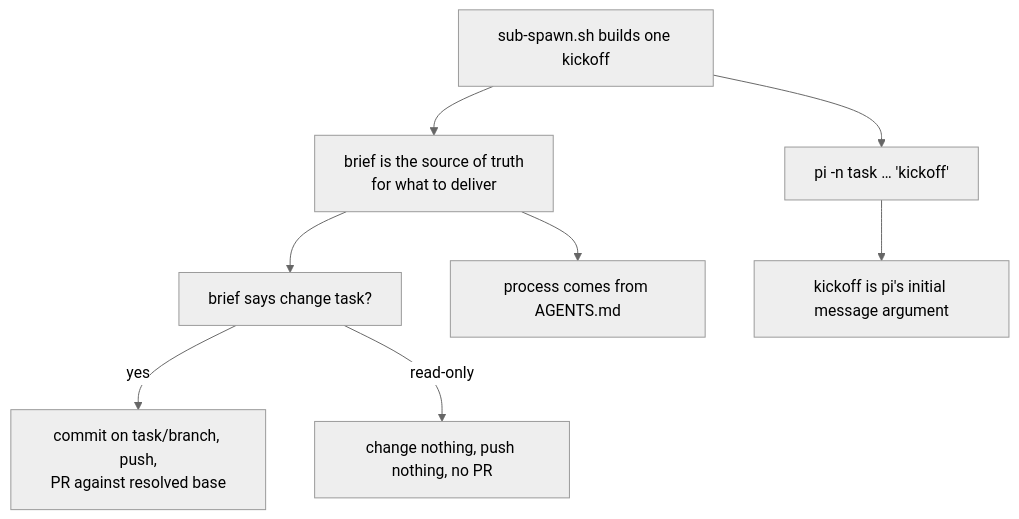
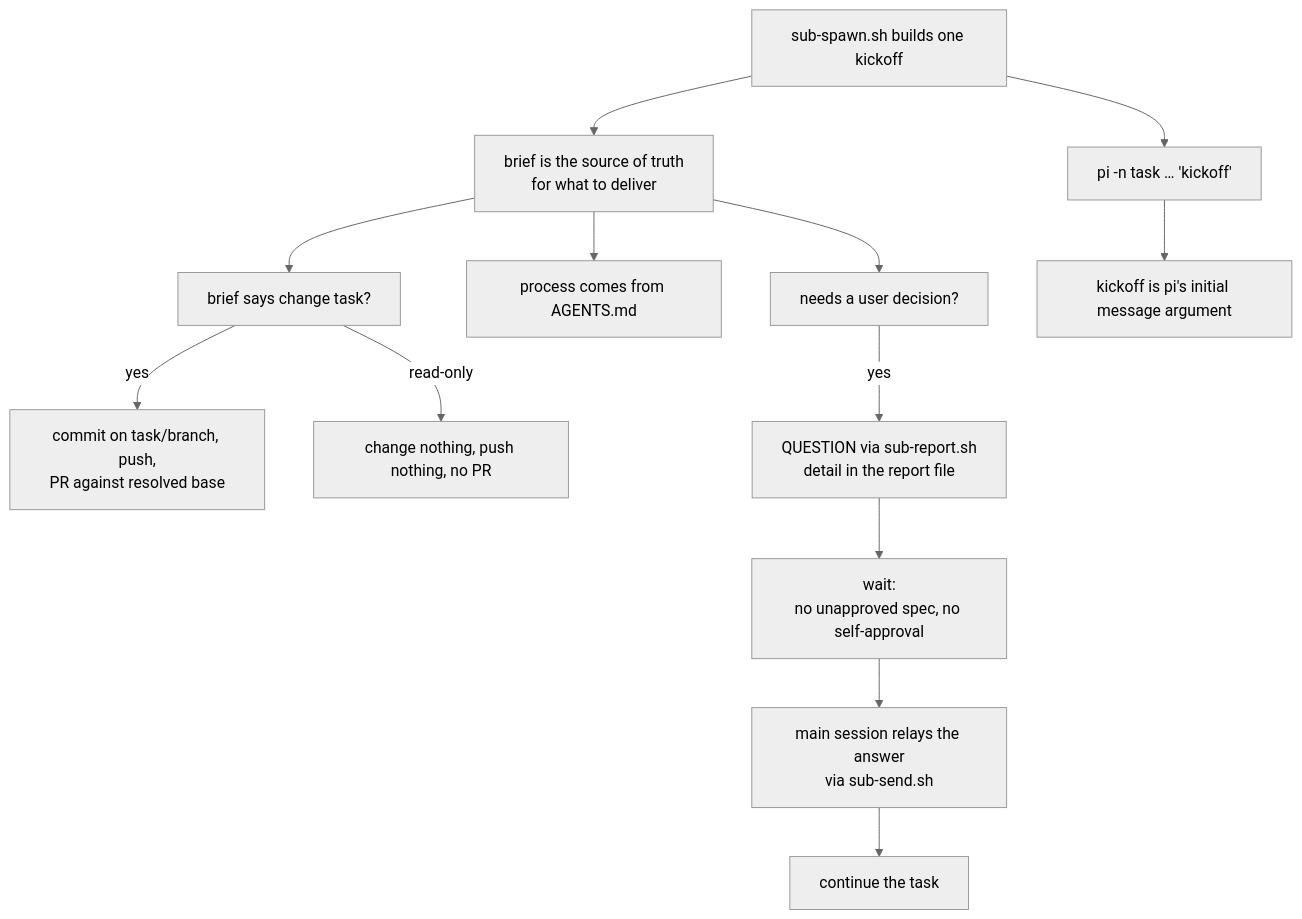
The diagram in specs/spawn-kickoff-brief/spawn-kickoff-brief-design.md (jseto/mu-commander), drawn with Mermaid (neutral theme) before and after one commit. The commit also changed other lines of this file and 3 other files, not shown here.

````diff
--- a/specs/spawn-kickoff-brief/spawn-kickoff-brief-design.md
+++ b/specs/spawn-kickoff-brief/spawn-kickoff-brief-design.md
@@ -38,10 +48,13 @@
 ```mermaid
 flowchart TD
   A[sub-spawn.sh builds one kickoff] --> B[brief is the source of truth<br/>for what to deliver]
   B --> C[brief says change task?]
   C -- yes --> D[commit on task/branch, push,<br/>PR against resolved base]
   C -- read-only --> E[change nothing, push nothing, no PR]
   B --> F[process comes from AGENTS.md]
+  B --> I[needs a user decision?]
+  I -- yes --> J[QUESTION via sub-report.sh<br/>detail in the report file] --> K[wait:<br/>no unapproved spec, no self-approval]
+  K --> L[main session relays the answer<br/>via sub-send.sh] --> M[continue the task]
   A --> G[pi -n task … 'kickoff'] 
   G --> H[kickoff is pi's initial message argument]
 ```
````
